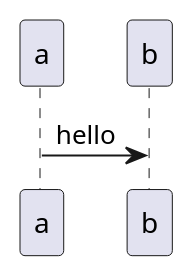
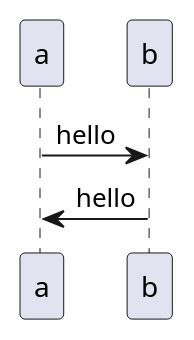
The second of 2 diagrams in 工具环境教程/vscode/vscode配置markdown和uml环境.md (SEU-LYJ/MyDoc), drawn with PlantUML before and after one commit.

````diff
--- a/工具环境教程/vscode/vscode配置markdown和uml环境.md
+++ b/工具环境教程/vscode/vscode配置markdown和uml环境.md
@@ -51,5 +51,7 @@
 ``` plantuml
 @startuml
 a -> b: hello
+b -> a: hello
+
 @enduml
 ```
````
